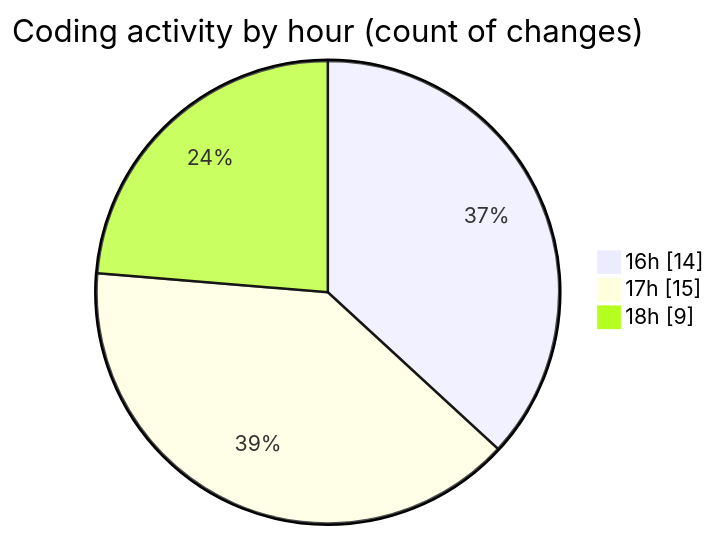
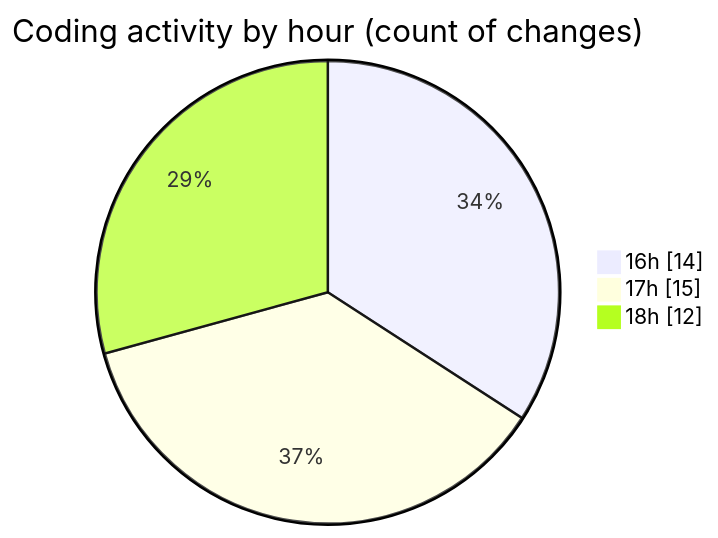
The second of 2 diagrams in 2025-01-31/flask/README.md (Elitesun/code-tracking), drawn with Mermaid before and after one commit. The commit also changed other lines of this file and 1 other file, not shown here.

````diff
--- a/2025-01-31/flask/README.md
+++ b/2025-01-31/flask/README.md
@@ -35,7 +35,7 @@
 ```mermaid
 pie showData
 title Coding activity by hour (count of changes)
 "16h" : 14
 "17h" : 15
-"18h" : 9
+"18h" : 12
 ```
````
